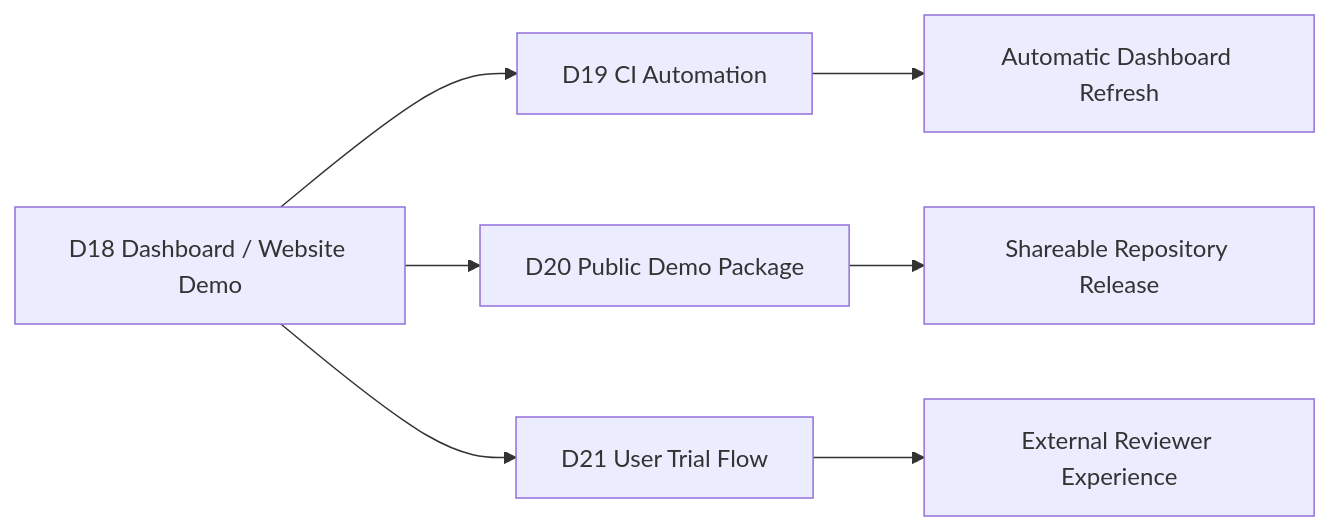
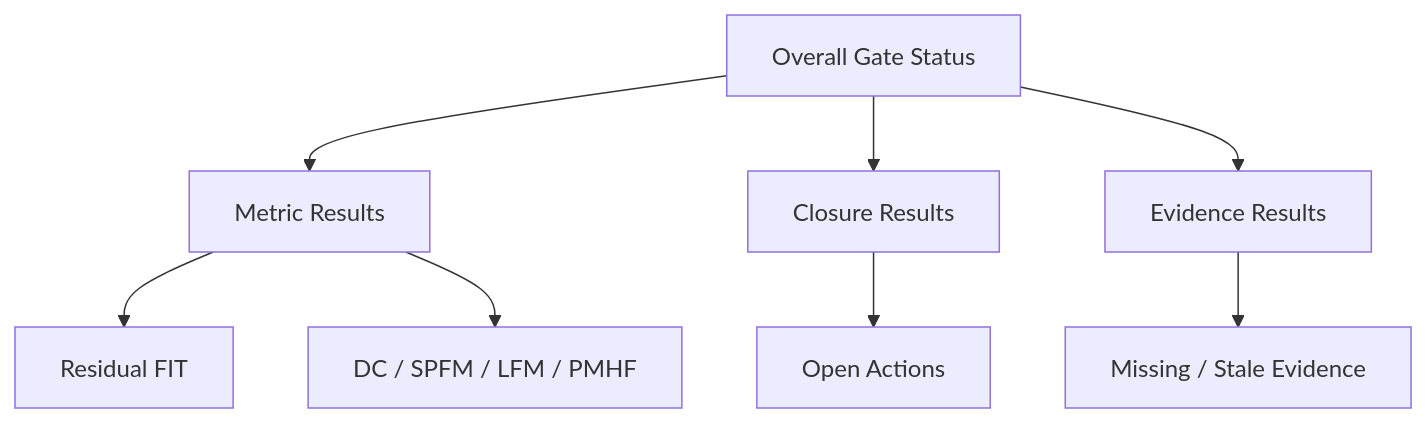
One commit to qiqixixi1001/automotive-safeic-practice changed the fifth of 5 diagrams in articles/18_automotive_safeic_practice_d18_github_en_dashboard_and_website_demo.md. Above: the diagram before and after it, drawn with Mermaid. The commit also changed other lines of this file, not shown here.

````diff
--- a/articles/18_automotive_safeic_practice_d18_github_en_dashboard_and_website_demo.md
+++ b/articles/18_automotive_safeic_practice_d18_github_en_dashboard_and_website_demo.md
@@ -1525,9 +806,10 @@
 ```mermaid
-flowchart LR
-    A[D18 Dashboard / Website Demo] --> B[D19 CI Automation]
-    A --> C[D20 Public Demo Package]
-    A --> D[D21 User Trial Flow]
-    B --> E[Automatic Dashboard Refresh]
-    C --> F[Shareable Repository Release]
-    D --> G[External Reviewer Experience]
+flowchart TD
+    A[Overall Gate Status] --> B[Metric Results]
+    A --> C[Closure Results]
+    A --> D[Evidence Results]
+    B --> E[Residual FIT]
+    B --> F[DC / SPFM / LFM / PMHF]
+    C --> G[Open Actions]
+    D --> H[Missing / Stale Evidence]
 ```
````
